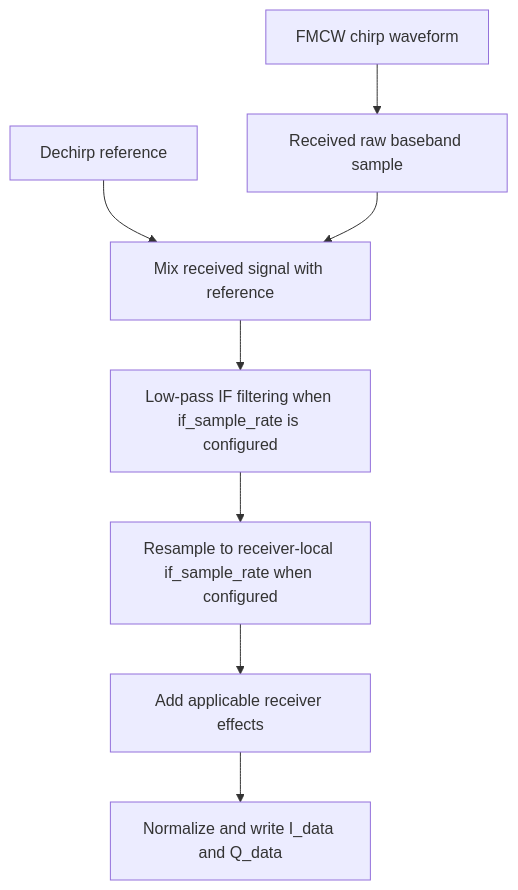
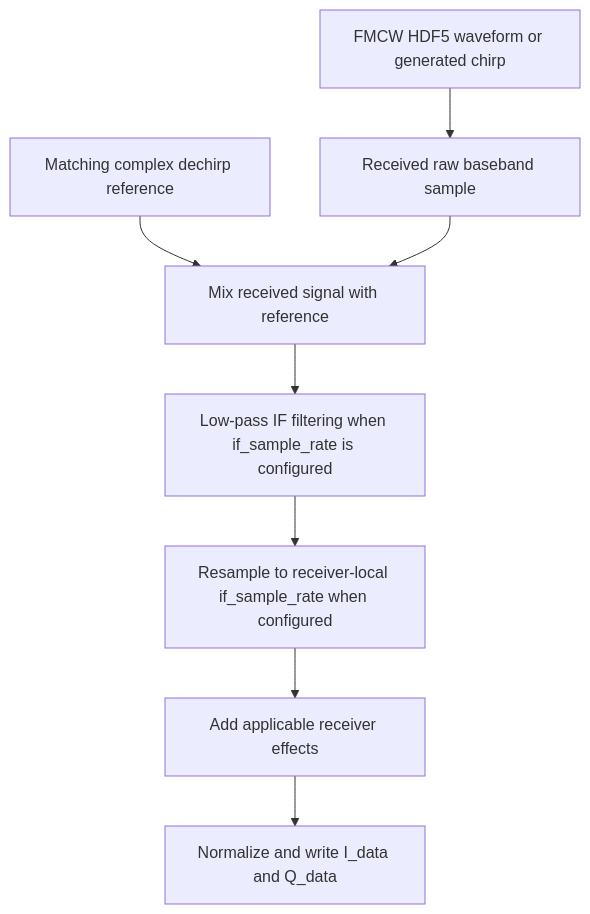
Before and after one commit to davidbits/FERS: the ninth of 10 diagrams in docs/wiki/Simulation-Pipelines.md, drawn with Mermaid. The commit also changed other lines of this file and 64 other files, not shown here.

````diff
--- a/docs/wiki/Simulation-Pipelines.md
+++ b/docs/wiki/Simulation-Pipelines.md
@@ -207,10 +215,10 @@
 ```mermaid
 flowchart TD
-    A[FMCW chirp waveform] --> B[Received raw baseband sample]
-    C[Dechirp reference] --> D[Mix received signal with reference]
+    A[FMCW HDF5 waveform or generated chirp] --> B[Received raw baseband sample]
+    C[Matching complex dechirp reference] --> D[Mix received signal with reference]
     B --> D
     D --> E[Low-pass IF filtering when if_sample_rate is configured]
     E --> F[Resample to receiver-local if_sample_rate when configured]
     F --> G[Add applicable receiver effects]
     G --> H[Normalize and write I_data and Q_data]
 ```
````
